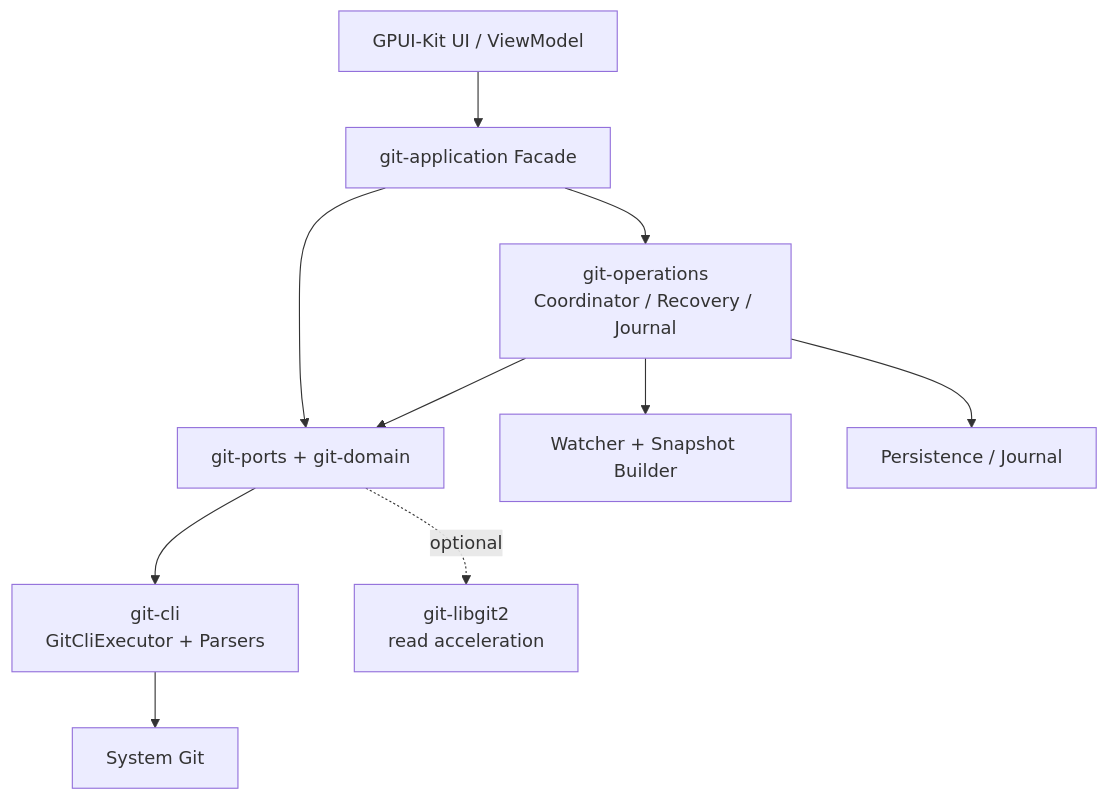
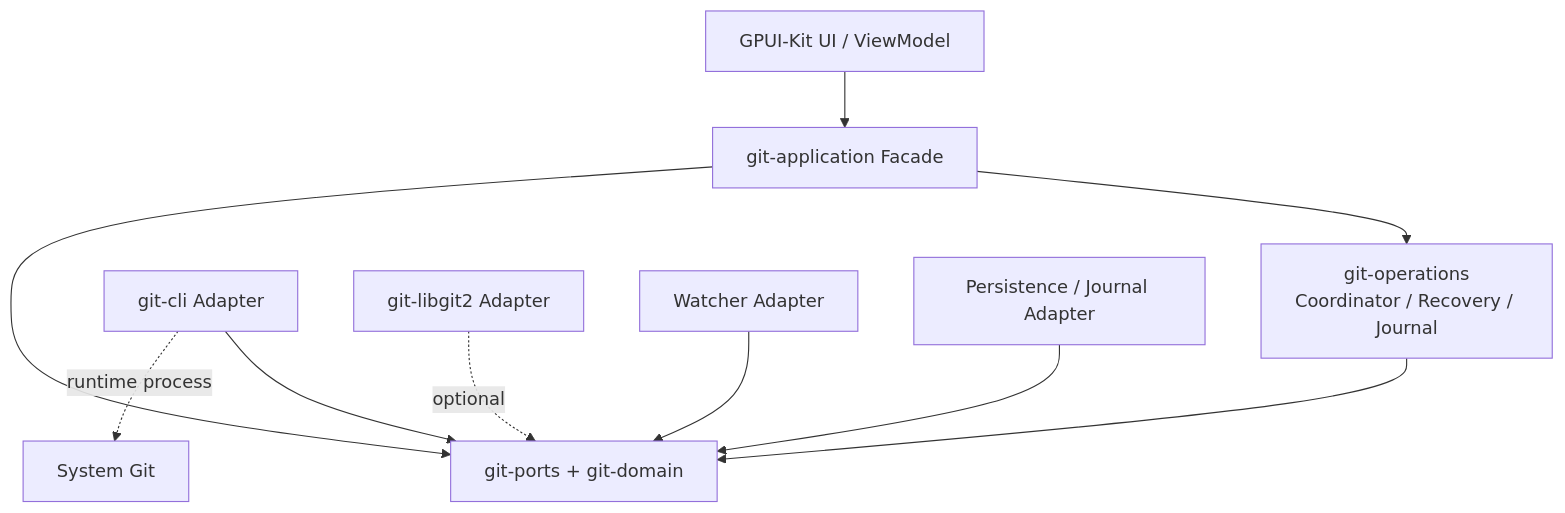
The diagram in docs/architecture/LLD-GIT-CORE-001.md (dengxiujun/IdeaGit), drawn with Mermaid before and after one commit. The commit also changed other lines of this file and 9 other files, not shown here.

````diff
--- a/docs/architecture/LLD-GIT-CORE-001.md
+++ b/docs/architecture/LLD-GIT-CORE-001.md
@@ -28,12 +30,12 @@
 ```mermaid
 flowchart TB
   UI[GPUI-Kit UI / ViewModel] --> APP[git-application Facade]
   APP --> OPS[git-operations\nCoordinator / Recovery / Journal]
   APP --> PORTS[git-ports + git-domain]
   OPS --> PORTS
-  PORTS --> CLI[git-cli\nGitCliExecutor + Parsers]
-  PORTS -. optional .-> LIB[git-libgit2\nread acceleration]
-  CLI --> GIT[System Git]
-  OPS --> WATCH[Watcher + Snapshot Builder]
-  OPS --> STORE[Persistence / Journal]
+  CLI[git-cli Adapter] --> PORTS
+  LIB[git-libgit2 Adapter] -. optional .-> PORTS
+  CLI -. runtime process .-> GIT[System Git]
+  WATCH[Watcher Adapter] --> PORTS
+  STORE[Persistence / Journal Adapter] --> PORTS
 ```
````
